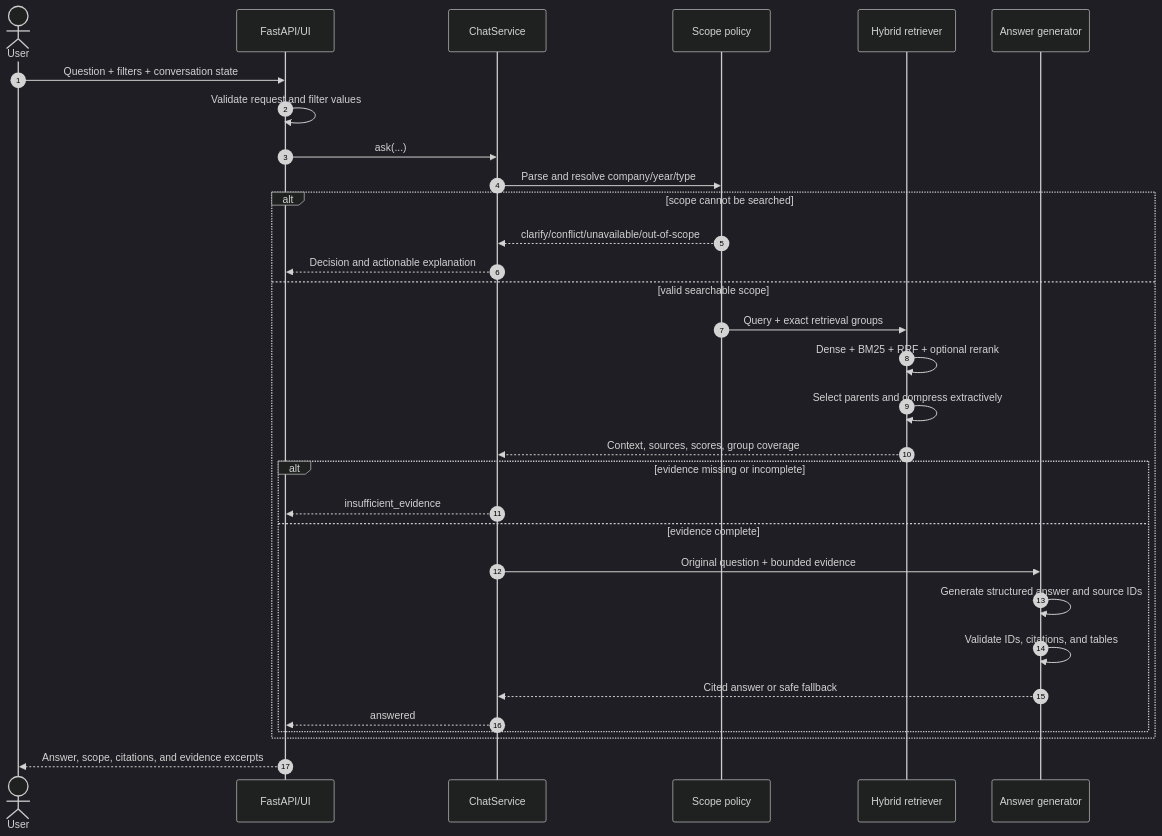
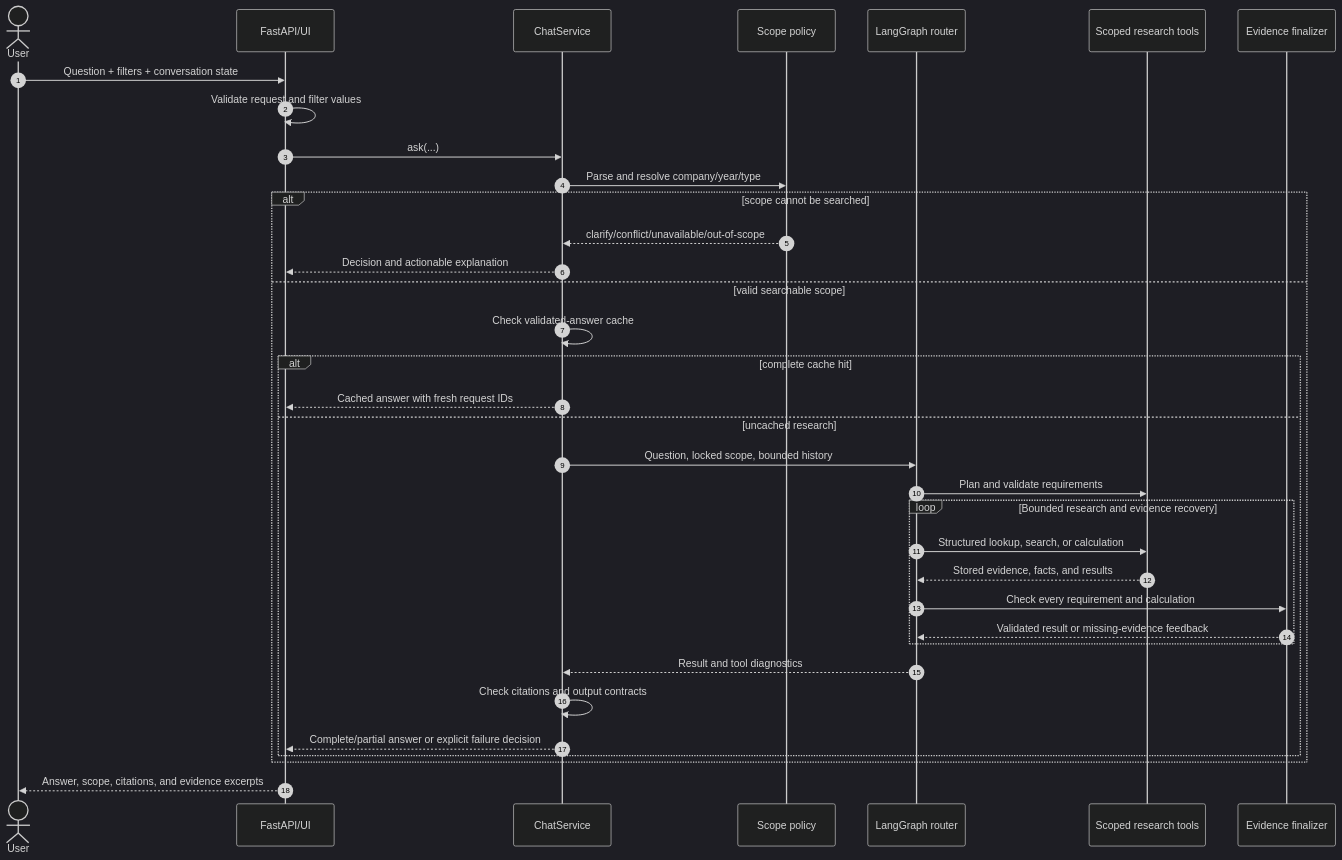
One commit to Maniyar07/FinRAG changed the second of 3 diagrams in finrag/PROJECT_WALKTHROUGH.md. Above: the diagram before and after it, drawn with Mermaid (dark theme). The commit also changed other lines of this file and 9 other files, not shown here.

````diff
--- a/finrag/PROJECT_WALKTHROUGH.md
+++ b/finrag/PROJECT_WALKTHROUGH.md
@@ -159,34 +187,38 @@
 ```mermaid
 sequenceDiagram
     autonumber
     actor User
     participant API as FastAPI/UI
     participant Chat as ChatService
     participant Scope as Scope policy
-    participant Retrieve as Hybrid retriever
-    participant Gen as Answer generator
+    participant Graph as LangGraph router
+    participant Tools as Scoped research tools
+    participant Final as Evidence finalizer
 
     User->>API: Question + filters + conversation state
     API->>API: Validate request and filter values
     API->>Chat: ask(...)
     Chat->>Scope: Parse and resolve company/year/type
     alt scope cannot be searched
         Scope-->>Chat: clarify/conflict/unavailable/out-of-scope
         Chat-->>API: Decision and actionable explanation
     else valid searchable scope
-        Scope->>Retrieve: Query + exact retrieval groups
-        Retrieve->>Retrieve: Dense + BM25 + RRF + optional rerank
-        Retrieve->>Retrieve: Select parents and compress extractively
-        Retrieve-->>Chat: Context, sources, scores, group coverage
-        alt evidence missing or incomplete
-            Chat-->>API: insufficient_evidence
-        else evidence complete
-            Chat->>Gen: Original question + bounded evidence
-            Gen->>Gen: Generate structured answer and source IDs
-            Gen->>Gen: Validate IDs, citations, and tables
-            Gen-->>Chat: Cited answer or safe fallback
-            Chat-->>API: answered
+        Chat->>Chat: Check validated-answer cache
+        alt complete cache hit
+            Chat-->>API: Cached answer with fresh request IDs
+        else uncached research
+            Chat->>Graph: Question, locked scope, bounded history
+            Graph->>Tools: Plan and validate requirements
+            loop Bounded research and evidence recovery
+                Graph->>Tools: Structured lookup, search, or calculation
+                Tools-->>Graph: Stored evidence, facts, and results
+                Graph->>Final: Check every requirement and calculation
+                Final-->>Graph: Validated result or missing-evidence feedback
+            end
+            Graph-->>Chat: Result and tool diagnostics
+            Chat->>Chat: Check citations and output contracts
+            Chat-->>API: Complete/partial answer or explicit failure decision
         end
     end
     API-->>User: Answer, scope, citations, and evidence excerpts
 ```
````
